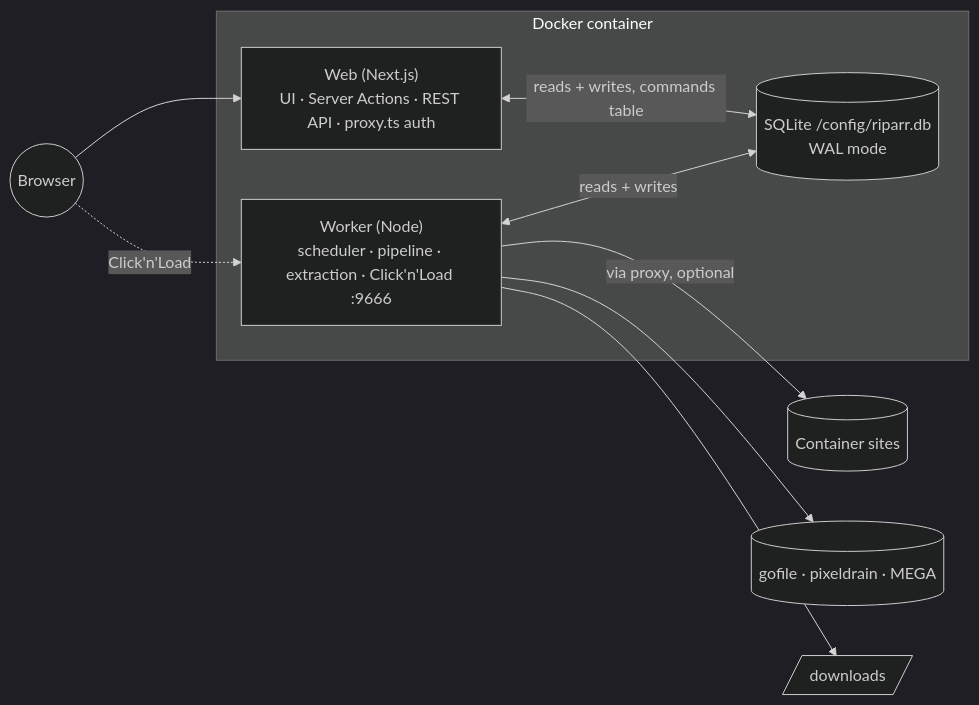
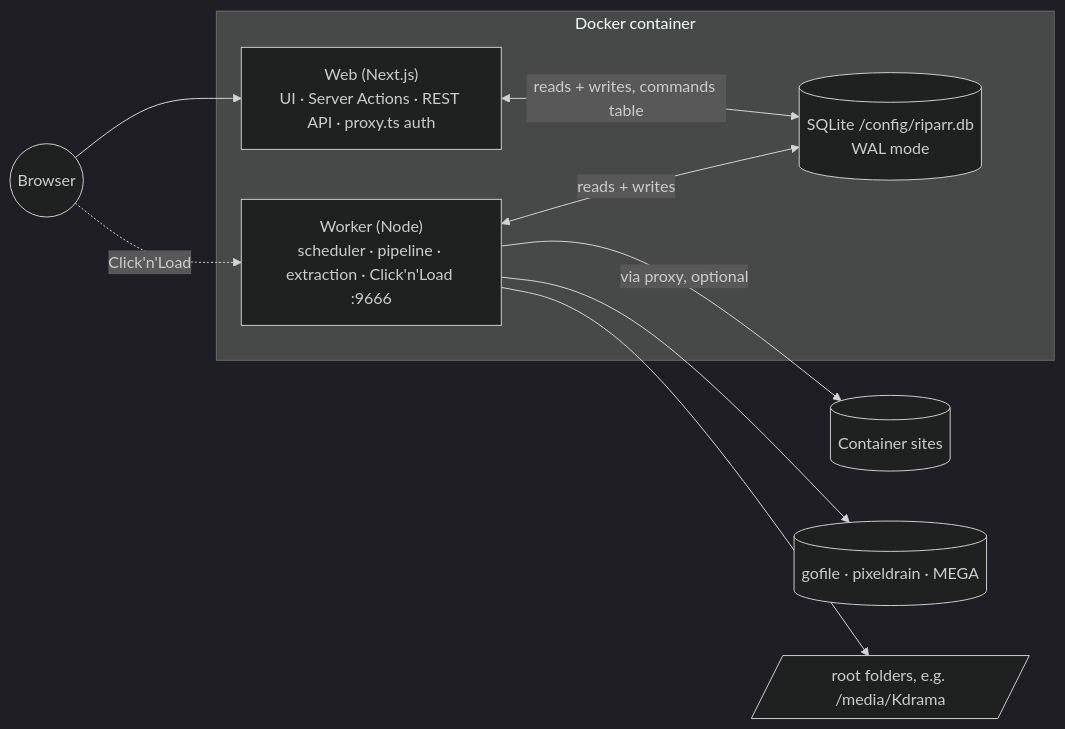
One commit to ibby92/riparr changed the first of 4 diagrams in docs/architecture.md. Above: the diagram before and after it, drawn with Mermaid (dark theme). The commit also changed other lines of this file and 142 other files, not shown here.

````diff
--- a/docs/architecture.md
+++ b/docs/architecture.md
@@ -5,15 +5,15 @@
 ```mermaid
 flowchart LR
   subgraph container[Docker container]
     web["Web (Next.js)<br/>UI · Server Actions · REST API · proxy.ts auth"]
     worker["Worker (Node)<br/>scheduler · pipeline · extraction · Click'n'Load :9666"]
     db[("SQLite /config/riparr.db<br/>WAL mode")]
     web <-->|reads + writes, commands table| db
     worker <-->|reads + writes| db
   end
   browser((Browser)) --> web
   browser -.->|Click'n'Load| worker
   worker -->|via proxy, optional| sites[(Container sites)]
   worker --> hosts[(gofile · pixeldrain · MEGA)]
-  worker --> downloads[/downloads/]
+  worker --> roots[/root folders, e.g. /media/Kdrama/]
 ```
````
